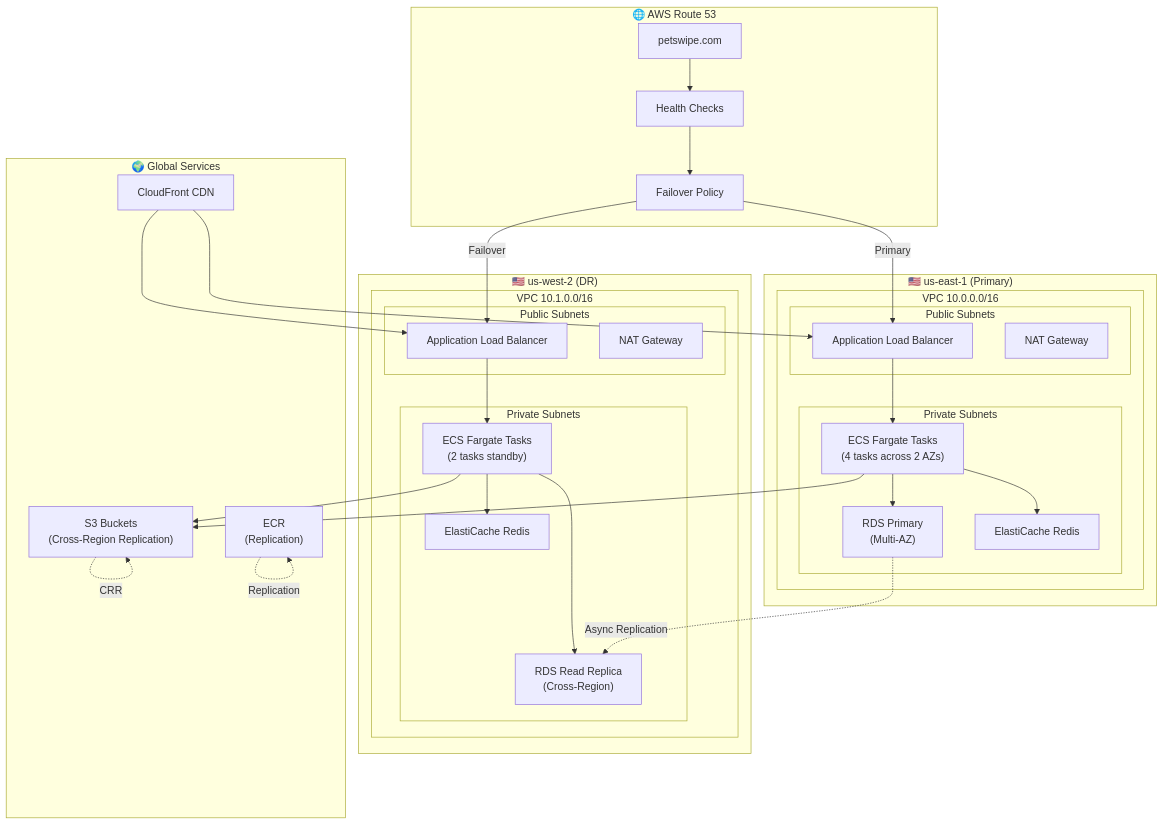
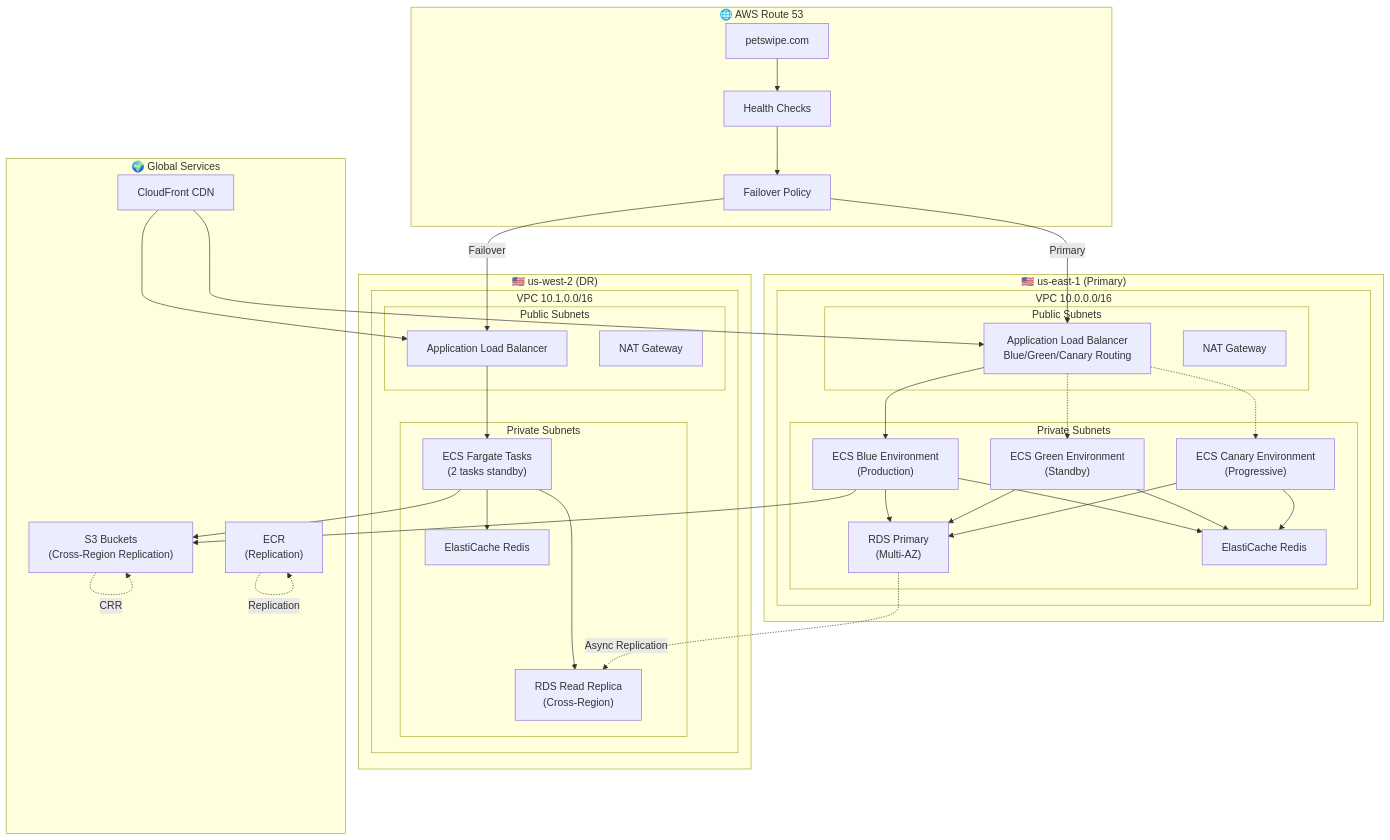
Diagram 19 of 34 in ARCHITECTURE.md (hoangsonww/PetSwipe-Match-App), drawn with Mermaid before and after one commit. The commit also changed other lines of this file and 25 other files, not shown here.

Commit message:
feat(deployment): implement blue-green and canary deployment strategies with automated rollback

````diff
--- a/ARCHITECTURE.md
+++ b/ARCHITECTURE.md
@@ -904,65 +1019,73 @@
 ```mermaid
 flowchart TB
     subgraph Route53["🌐 AWS Route 53"]
         DNS["petswipe.com"]
         HealthCheck["Health Checks"]
         Failover["Failover Policy"]
     end
 
     subgraph USEast1["🇺🇸 us-east-1 (Primary)"]
         subgraph VPC1["VPC 10.0.0.0/16"]
             subgraph PublicSubnet1["Public Subnets"]
-                ALB1["Application Load Balancer"]
+                ALB1["Application Load Balancer<br/>Blue/Green/Canary Routing"]
                 NAT1["NAT Gateway"]
             end
             subgraph PrivateSubnet1["Private Subnets"]
-                ECS1["ECS Fargate Tasks<br/>(4 tasks across 2 AZs)"]
+                ECSBlue["ECS Blue Environment<br/>(Production)"]
+                ECSGreen["ECS Green Environment<br/>(Standby)"]
+                ECSCanary["ECS Canary Environment<br/>(Progressive)"]
                 RDS1Primary["RDS Primary<br/>(Multi-AZ)"]
                 ElastiCache1["ElastiCache Redis"]
             end
         end
     end
 
     subgraph USWest2["🇺🇸 us-west-2 (DR)"]
         subgraph VPC2["VPC 10.1.0.0/16"]
             subgraph PublicSubnet2["Public Subnets"]
                 ALB2["Application Load Balancer"]
                 NAT2["NAT Gateway"]
             end
             subgraph PrivateSubnet2["Private Subnets"]
                 ECS2["ECS Fargate Tasks<br/>(2 tasks standby)"]
                 RDS2Replica["RDS Read Replica<br/>(Cross-Region)"]
                 ElastiCache2["ElastiCache Redis"]
             end
         end
     end
 
     subgraph Global["🌍 Global Services"]
         S3["S3 Buckets<br/>(Cross-Region Replication)"]
         CloudFront["CloudFront CDN"]
         ECR["ECR<br/>(Replication)"]
     end
 
     DNS --> HealthCheck
     HealthCheck --> Failover
     Failover -->|Primary| ALB1
     Failover -->|Failover| ALB2
 
     CloudFront --> ALB1
     CloudFront --> ALB2
 
-    ALB1 --> ECS1
+    ALB1 --> ECSBlue
+    ALB1 -.-> ECSGreen
+    ALB1 -.-> ECSCanary
     ALB2 --> ECS2
 
-    ECS1 --> RDS1Primary
-    ECS1 --> ElastiCache1
-    ECS1 --> S3
+    ECSBlue --> RDS1Primary
+    ECSGreen --> RDS1Primary
+    ECSCanary --> RDS1Primary
+    ECSBlue --> ElastiCache1
+    ECSGreen --> ElastiCache1
+    ECSCanary --> ElastiCache1
+    ECSBlue --> S3
 
     ECS2 --> RDS2Replica
     ECS2 --> ElastiCache2
     ECS2 --> S3
 
     RDS1Primary -.->|Async Replication| RDS2Replica
     S3 -.->|CRR| S3
     ECR -.->|Replication| ECR
 ```
````
